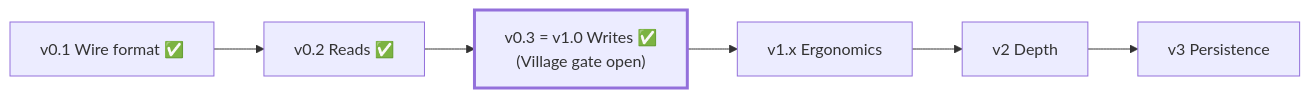
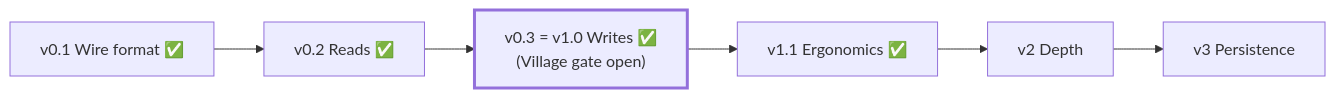
Before and after one commit to winsmith/ion-kit: the second of 2 diagrams in docs/ARCHITECTURE.md, drawn with Mermaid. The commit also changed other lines of this file and 15 other files, not shown here.

````diff
--- a/docs/ARCHITECTURE.md
+++ b/docs/ARCHITECTURE.md
@@ -415,5 +442,5 @@
 ```mermaid
 flowchart LR
-    v01["v0.1 Wire format ✅"] --> v02["v0.2 Reads ✅"] --> v03["v0.3 = v1.0 Writes ✅<br/>(Village gate open)"] --> v1x["v1.x Ergonomics"] --> v2["v2 Depth"] --> v3["v3 Persistence"]
+    v01["v0.1 Wire format ✅"] --> v02["v0.2 Reads ✅"] --> v03["v0.3 = v1.0 Writes ✅<br/>(Village gate open)"] --> v1x["v1.1 Ergonomics ✅"] --> v2["v2 Depth"] --> v3["v3 Persistence"]
     style v03 stroke-width:3px
 ```
````
